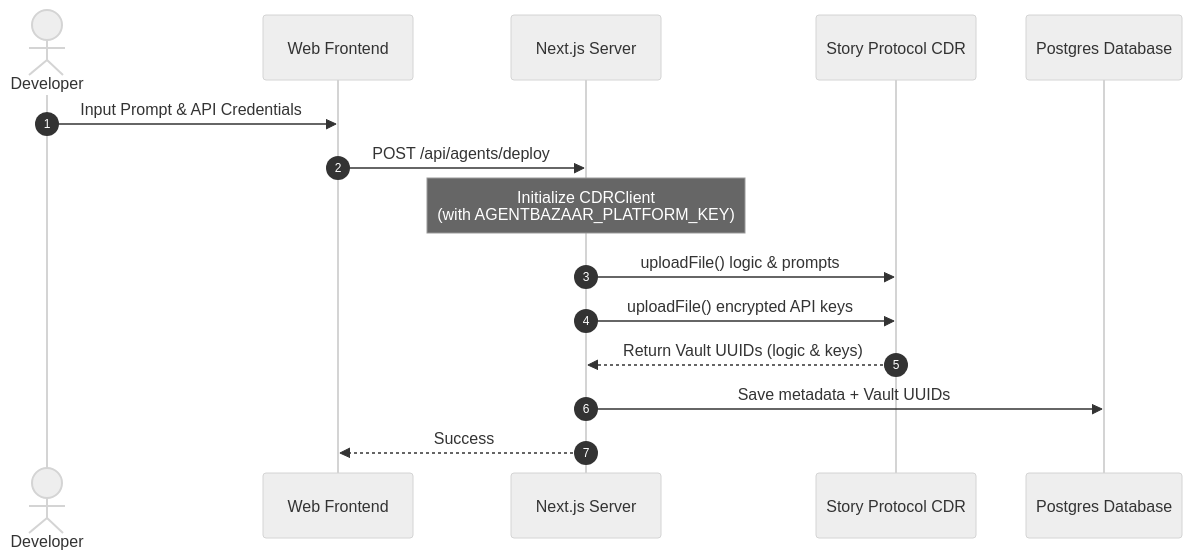
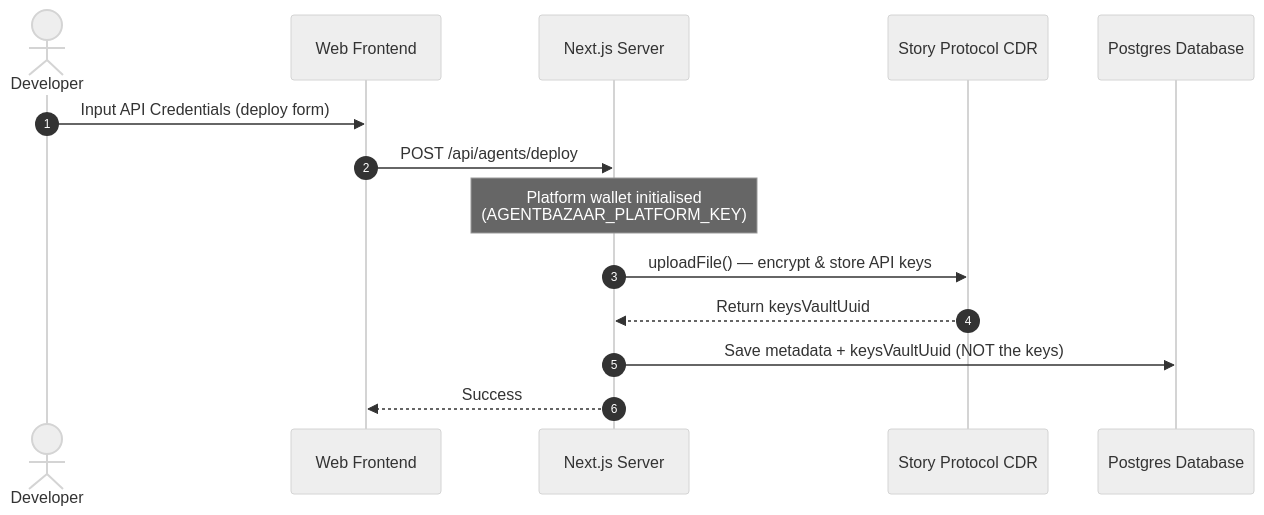
The second of 3 diagrams in README.md (Ultraviolet01/AgentBZ), drawn with Mermaid (neutral theme) before and after one commit. The commit also changed other lines of this file and 141 other files, not shown here.

````diff
--- a/README.md
+++ b/README.md
@@ -72,18 +72,17 @@
 ```mermaid
 sequenceDiagram
     autonumber
     actor Dev as Developer
     participant App as Web Frontend
     participant Server as Next.js Server
     participant CDR as Story Protocol CDR
     participant DB as Postgres Database
 
-    Dev->>App: Input Prompt & API Credentials
+    Dev->>App: Input API Credentials (deploy form)
     App->>Server: POST /api/agents/deploy
-    Note over Server: Initialize CDRClient<br/>(with AGENTBAZAAR_PLATFORM_KEY)
-    Server->>CDR: uploadFile() logic & prompts
-    Server->>CDR: uploadFile() encrypted API keys
-    CDR-->>Server: Return Vault UUIDs (logic & keys)
-    Server->>DB: Save metadata + Vault UUIDs
+    Note over Server: Platform wallet initialised<br/>(AGENTBAZAAR_PLATFORM_KEY)
+    Server->>CDR: uploadFile() — encrypt & store API keys
+    CDR-->>Server: Return keysVaultUuid
+    Server->>DB: Save metadata + keysVaultUuid (NOT the keys)
     Server-->>App: Success
 ```
````
